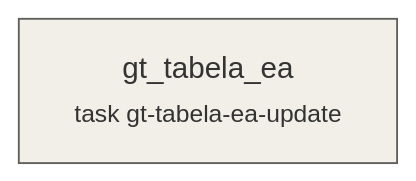
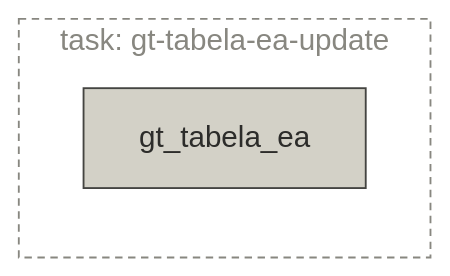
Before and after one commit to majazaloznik/umar-automation-scripts: the diagram in docs/pipelines/task-gt-tabela-ea-update.md, drawn with Mermaid. The commit also changed 31 other files, not shown here.

Commit message:
Update mermaid plots in pipelines

````diff
--- a/docs/pipelines/task-gt-tabela-ea-update.md
+++ b/docs/pipelines/task-gt-tabela-ea-update.md
@@ -21,8 +21,12 @@
 ```mermaid
 flowchart LR
-  gt_tabela_ea["gt_tabela_ea<br/><small>task gt-tabela-ea-update</small>"]:::step
-  classDef source fill:#FAECE7,stroke:#993C1D
-  classDef step fill:#F1EFE8,stroke:#5F5E5A
-  classDef store fill:#E1F5EE,stroke:#0F6E56
-  classDef output fill:#EEEDFE,stroke:#534AB7
+  
+  subgraph task_gt_tabela_ea_update["task: gt-tabela-ea-update"]
+    gt_tabela_ea["gt_tabela_ea"]:::step
+  end
+  style task_gt_tabela_ea_update fill:none,stroke:#888780,stroke-dasharray:4 3,color:#888780
+  classDef source fill:#F0997B,stroke:#712B13,color:#4A1B0C,stroke-width:1px
+  classDef step fill:#D3D1C7,stroke:#444441,color:#2C2C2A,stroke-width:1px
+  classDef store fill:#5DCAA5,stroke:#085041,color:#04342C,stroke-width:1px
+  classDef output fill:#AFA9EC,stroke:#3C3489,color:#26215C,stroke-width:1px
 ```
````
